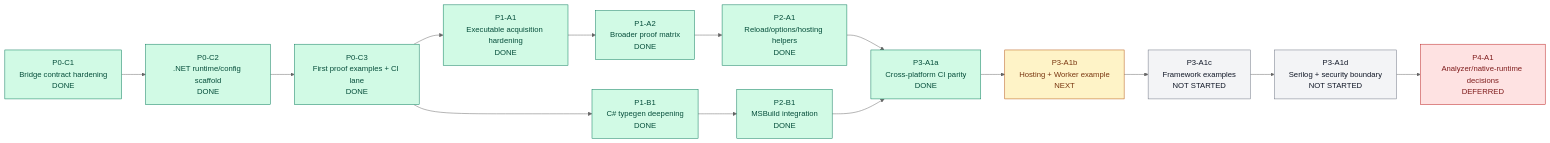
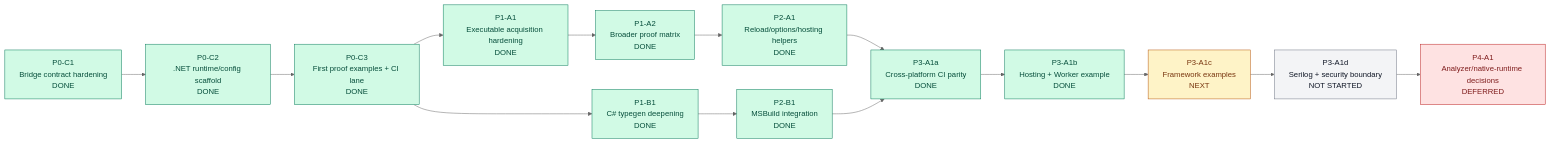
The diagram in .squad/progression.md (matthewcorven/varlock), drawn with Mermaid (neutral theme) before and after one commit. The commit also changed 2120 other files, not shown here.

````diff
--- a/.squad/progression.md
+++ b/.squad/progression.md
@@ -16,27 +16,27 @@
 ```mermaid
 flowchart LR
   P0C1["P0-C1\nBridge contract hardening\nDONE"] --> P0C2["P0-C2\n.NET runtime/config scaffold\nDONE"]
   P0C2 --> P0C3["P0-C3\nFirst proof examples + CI lane\nDONE"]
   P0C3 --> P1A1["P1-A1\nExecutable acquisition hardening\nDONE"]
   P0C3 --> P1B1["P1-B1\nC# typegen deepening\nDONE"]
   P1A1 --> P1A2["P1-A2\nBroader proof matrix\nDONE"]
   P1B1 --> P2B1["P2-B1\nMSBuild integration\nDONE"]
   P1A2 --> P2A1["P2-A1\nReload/options/hosting helpers\nDONE"]
   P2A1 --> P3A1a["P3-A1a\nCross-platform CI parity\nDONE"]
   P2B1 --> P3A1a
-  P3A1a --> P3A1b["P3-A1b\nHosting + Worker example\nNEXT"]
-  P3A1b --> P3A1c["P3-A1c\nFramework examples\nNOT STARTED"]
+  P3A1a --> P3A1b["P3-A1b\nHosting + Worker example\nDONE"]
+  P3A1b --> P3A1c["P3-A1c\nFramework examples\nNEXT"]
   P3A1c --> P3A1d["P3-A1d\nSerilog + security boundary\nNOT STARTED"]
   P3A1d --> P4A1["P4-A1\nAnalyzer/native-runtime decisions\nDEFERRED"]
 
   classDef done fill:#d1fae5,stroke:#047857,color:#064e3b;
   classDef next fill:#fef3c7,stroke:#b45309,color:#78350f;
   classDef progress fill:#dbeafe,stroke:#1d4ed8,color:#1e3a8a;
   classDef idle fill:#f3f4f6,stroke:#6b7280,color:#111827;
   classDef deferred fill:#fee2e2,stroke:#b91c1c,color:#7f1d1d;
 
-  class P0C1,P0C2,P0C3,P1A1,P1B1,P1A2,P2A1,P2B1,P3A1a done;
-  class P3A1b next;
-  class P3A1c,P3A1d idle;
+  class P0C1,P0C2,P0C3,P1A1,P1B1,P1A2,P2A1,P2B1,P3A1a,P3A1b done;
+  class P3A1c next;
+  class P3A1d idle;
   class P4A1 deferred;
 ```
````
